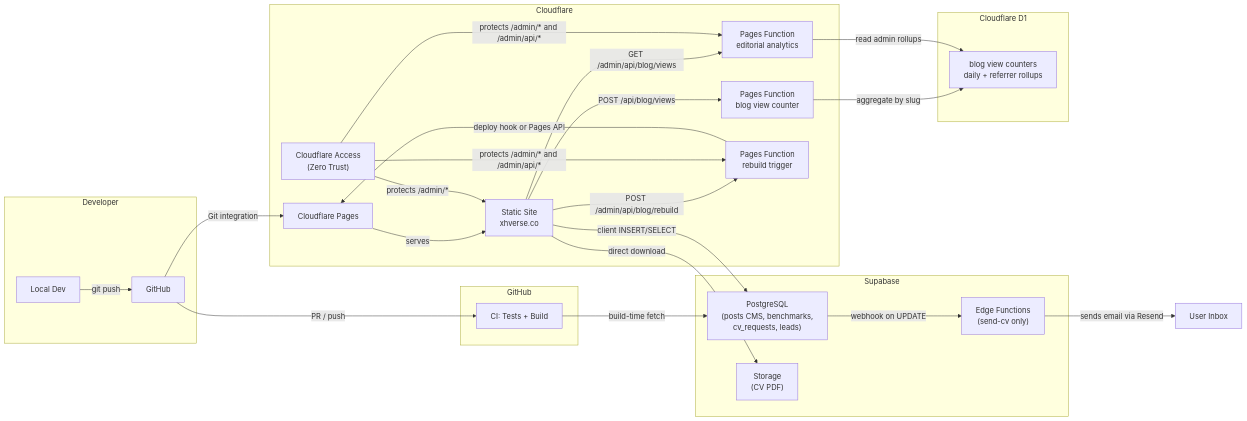
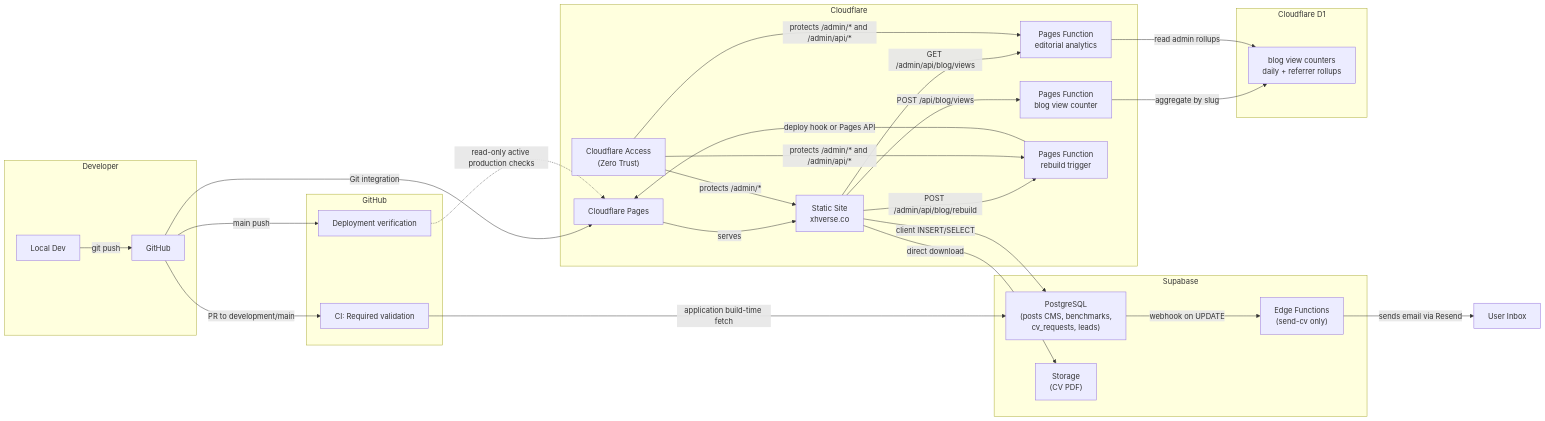
Before and after one commit to devruji/xhverse-site: the diagram in docs/architecture.md, drawn with Mermaid. The commit also changed other lines of this file and 28 other files, not shown here.

Commit message:
chore: scope agent validation and build local checks once

````diff
--- a/docs/architecture.md
+++ b/docs/architecture.md
@@ -5,42 +5,44 @@
 ```mermaid
 graph LR
     subgraph Developer
         A[Local Dev] -->|git push| B[GitHub]
     end
 
     subgraph GitHub
-        B -->|PR / push| C[CI: Tests + Build]
+        B -->|PR to development/main| C[CI: Required validation]
+        B -->|main push| O[Deployment verification]
     end
 
     subgraph Cloudflare
         B -->|Git integration| D[Cloudflare Pages]
         D -->|serves| E["Static Site<br/>xhverse.co"]
         F["Cloudflare Access<br/>(Zero Trust)"] -->|protects /admin/*| E
         E -->|POST /api/blog/views| K["Pages Function<br/>blog view counter"]
         E -->|GET /admin/api/blog/views| L["Pages Function<br/>editorial analytics"]
         E -->|POST /admin/api/blog/rebuild| N["Pages Function<br/>rebuild trigger"]
         F -->|protects /admin/* and /admin/api/*| L
         F -->|protects /admin/* and /admin/api/*| N
     end
 
     subgraph Supabase
         G["PostgreSQL<br/>(posts CMS, benchmarks,<br/>cv_requests, leads)"]
         H["Storage<br/>(CV PDF)"]
         I["Edge Functions<br/>(send-cv only)"]
     end
 
     subgraph CloudflareD1["Cloudflare D1"]
         M["blog view counters<br/>daily + referrer rollups"]
     end
 
-    C -->|build-time fetch| G
+    C -->|application build-time fetch| G
+    O -.->|read-only active production checks| D
     E -->|client INSERT/SELECT| G
     N -->|deploy hook or Pages API| D
     E -->|direct download| H
     G -->|webhook on UPDATE| I
     I -->|sends email via Resend| J[User Inbox]
     K -->|aggregate by slug| M
     L -->|read admin rollups| M
 
     %% v3 deferred: no unique visitor tracking or fingerprinting in this phase
 ```
````
